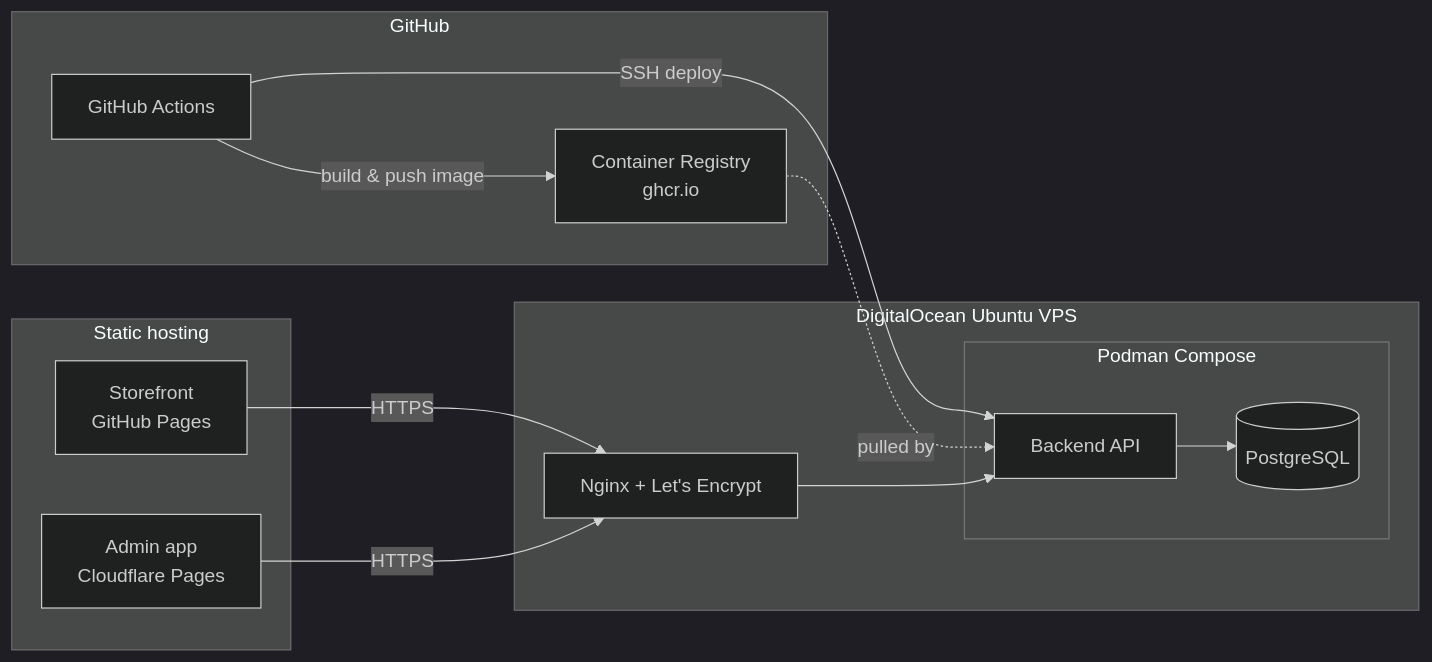
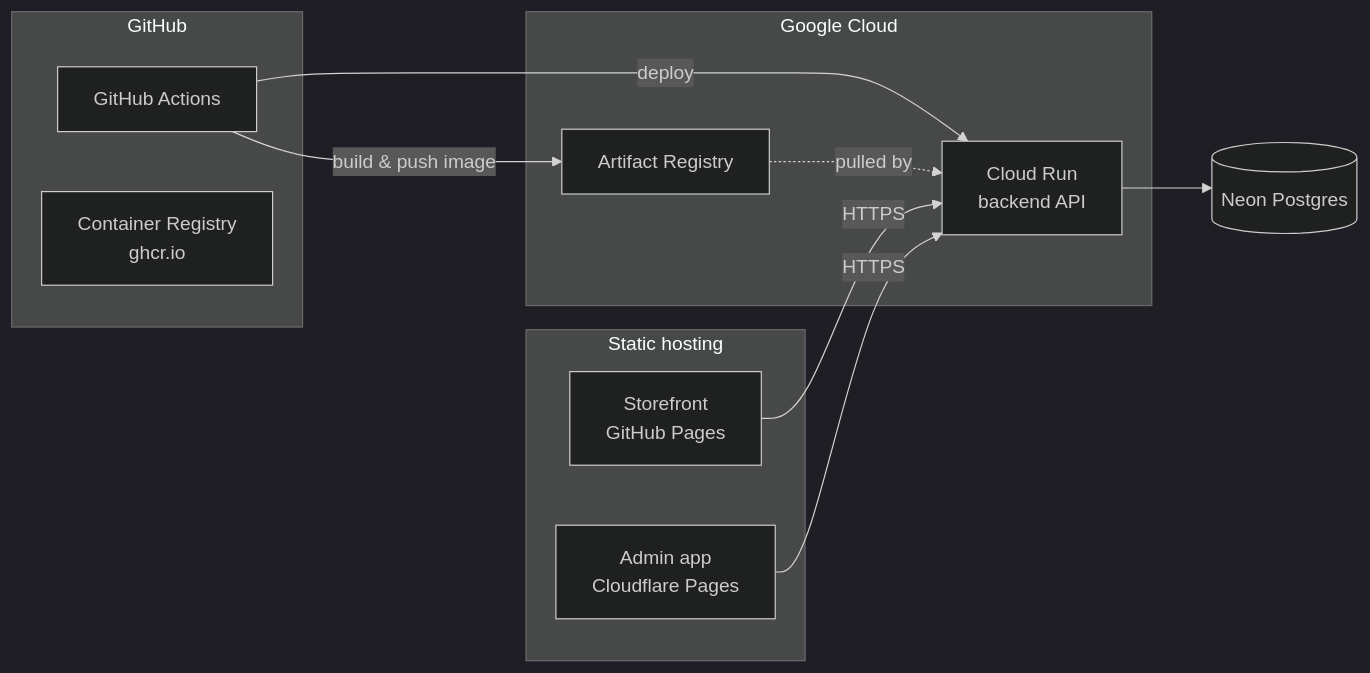
Before and after one commit to Tynashe271/maps-kayz-fashions: the diagram in DEPLOYMENT.md, drawn with Mermaid (dark theme). The commit also changed other lines of this file and 5 other files, not shown here.

First line of the commit message:
Deploy backend to Google Cloud Run (for now) with Neon Postgres

````diff
--- a/DEPLOYMENT.md
+++ b/DEPLOYMENT.md
@@ -5,25 +6,22 @@
 ```mermaid
 flowchart LR
     subgraph GitHub
       CI[GitHub Actions]
       CR[Container Registry\nghcr.io]
     end
     subgraph Static hosting
       SF[Storefront\nGitHub Pages]
       AD[Admin app\nCloudflare Pages]
     end
-    subgraph "DigitalOcean Ubuntu VPS"
-      NG[Nginx + Let's Encrypt]
-      subgraph "Podman Compose"
-        API[Backend API]
-        PG[(PostgreSQL)]
-      end
+    subgraph "Google Cloud"
+      RUN[Cloud Run\nbackend API]
+      AR[Artifact Registry]
     end
-    CI -- build & push image --> CR
-    CI -- SSH deploy --> API
-    CR -. pulled by .-> API
-    NG --> API
-    API --> PG
-    SF -- HTTPS --> NG
-    AD -- HTTPS --> NG
+    NEON[(Neon Postgres)]
+    CI -- build & push image --> AR
+    CI -- deploy --> RUN
+    AR -. pulled by .-> RUN
+    RUN --> NEON
+    SF -- HTTPS --> RUN
+    AD -- HTTPS --> RUN
 ```
````
